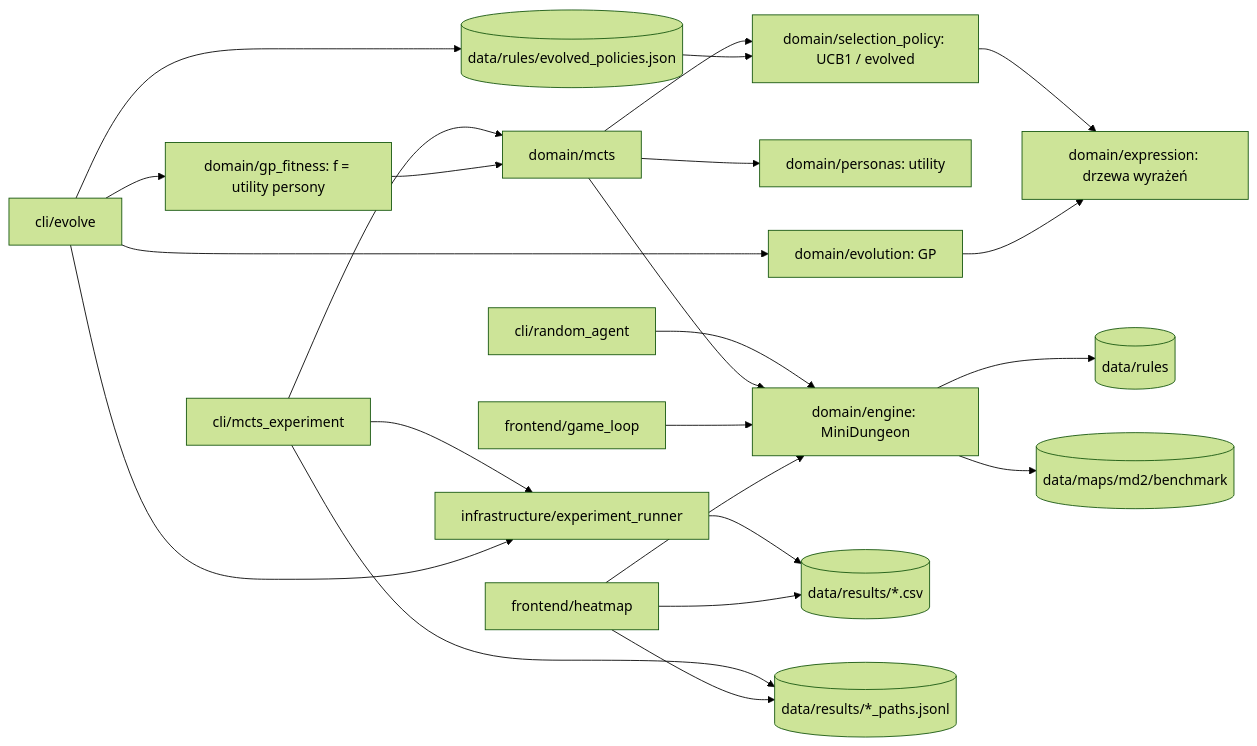
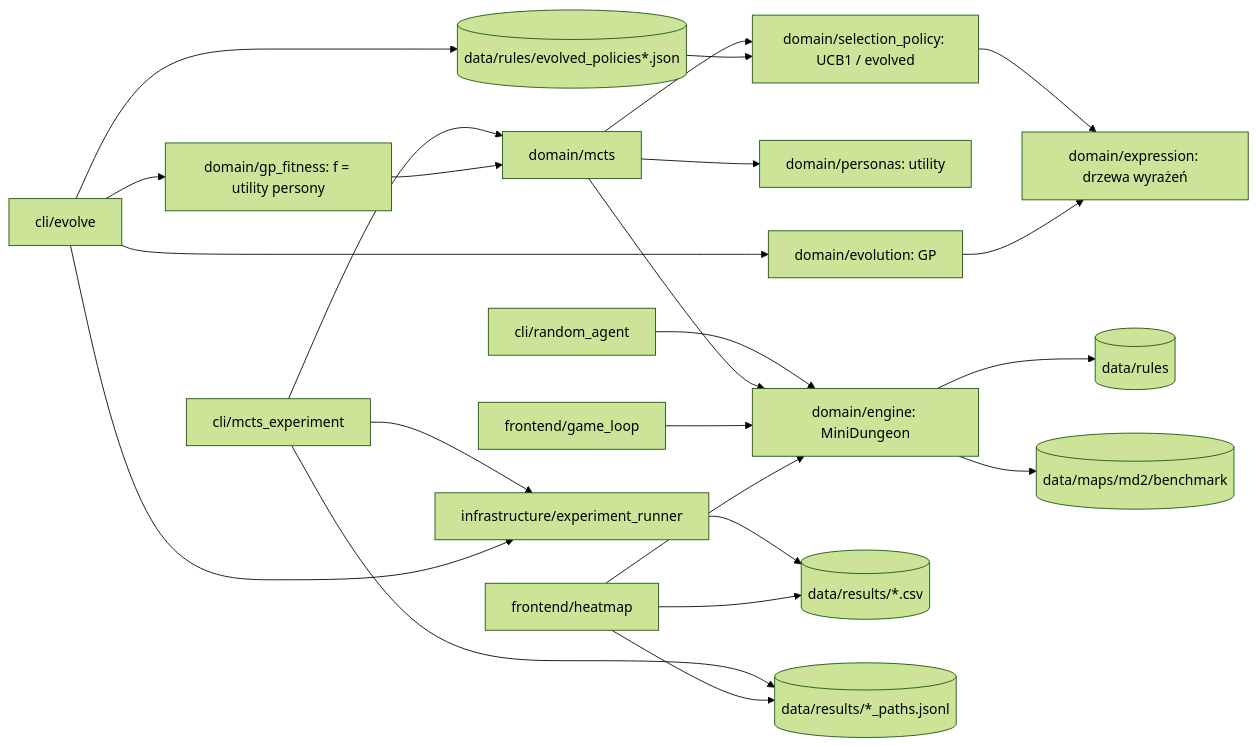
One commit to Urteusz/AutomatedPlaytestingMCTS changed the diagram in README.md. Above: the diagram before and after it, drawn with Mermaid (forest theme). The commit also changed other lines of this file and 5 other files, not shown here.

````diff
--- a/README.md
+++ b/README.md
@@ -18,25 +18,25 @@
 ```mermaid
 flowchart LR
     Exp[cli/mcts_experiment] --> MCTS[domain/mcts]
     Exp --> Run[infrastructure/experiment_runner]
     Rnd[cli/random_agent] --> Env
     MCTS --> Env[domain/engine: MiniDungeon]
     MCTS --> Pers[domain/personas: utility]
     MCTS --> Pol[domain/selection_policy: UCB1 / evolved]
     Pol --> Expr[domain/expression: drzewa wyrażeń]
     Evo[domain/evolution: GP] --> Expr
     Evl[cli/evolve] --> Evo
     Evl --> Run
     Evl --> Fit[domain/gp_fitness: f = utility persony]
     Fit --> MCTS
-    Evl --> Pols[(data/rules/evolved_policies.json)]
+    Evl --> Pols[(data/rules/evolved_policies*.json)]
     Pols --> Pol
     Env --> Rules[(data/rules)]
     Env --> Maps[(data/maps/md2/benchmark)]
     Run --> Results[(data/results/*.csv)]
     Exp --> Traces[(data/results/*_paths.jsonl)]
     Play[frontend/game_loop] --> Env
     Heat[frontend/heatmap] --> Env
     Heat --> Traces
     Heat --> Results
 ```
````
